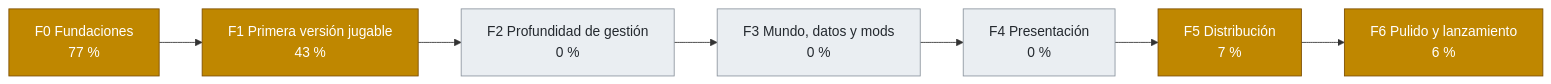
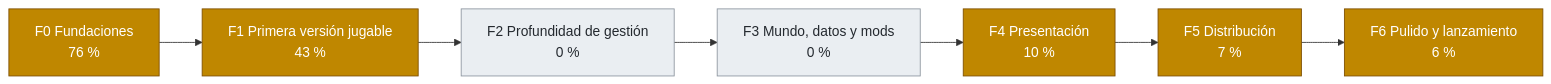
Before and after one commit to dariogea/BM27: the second of 2 diagrams in docs/roadmap.md, drawn with Mermaid. The commit also changed other lines of this file and 29 other files, not shown here.

````diff
--- a/docs/roadmap.md
+++ b/docs/roadmap.md
@@ -50,21 +50,21 @@
 ```mermaid
 flowchart LR
-  F0["F0 Fundaciones<br/>77 %"]
+  F0["F0 Fundaciones<br/>76 %"]
   F1["F1 Primera versión jugable<br/>43 %"]
   F2["F2 Profundidad de gestión<br/>0 %"]
   F3["F3 Mundo, datos y mods<br/>0 %"]
-  F4["F4 Presentación<br/>0 %"]
+  F4["F4 Presentación<br/>10 %"]
   F5["F5 Distribución<br/>7 %"]
   F6["F6 Pulido y lanzamiento<br/>6 %"]
   F0 --> F1 --> F2 --> F3 --> F4 --> F5 --> F6
   classDef hecho fill:#2da44e,color:#fff,stroke:#1a7f37;
   classDef curso fill:#bf8700,color:#fff,stroke:#7d4e00;
   classDef pendiente fill:#eaeef2,color:#24292f,stroke:#8c959f;
   class F0 curso;
   class F1 curso;
   class F2 pendiente;
   class F3 pendiente;
-  class F4 pendiente;
+  class F4 curso;
   class F5 curso;
   class F6 curso;
 ```
````
